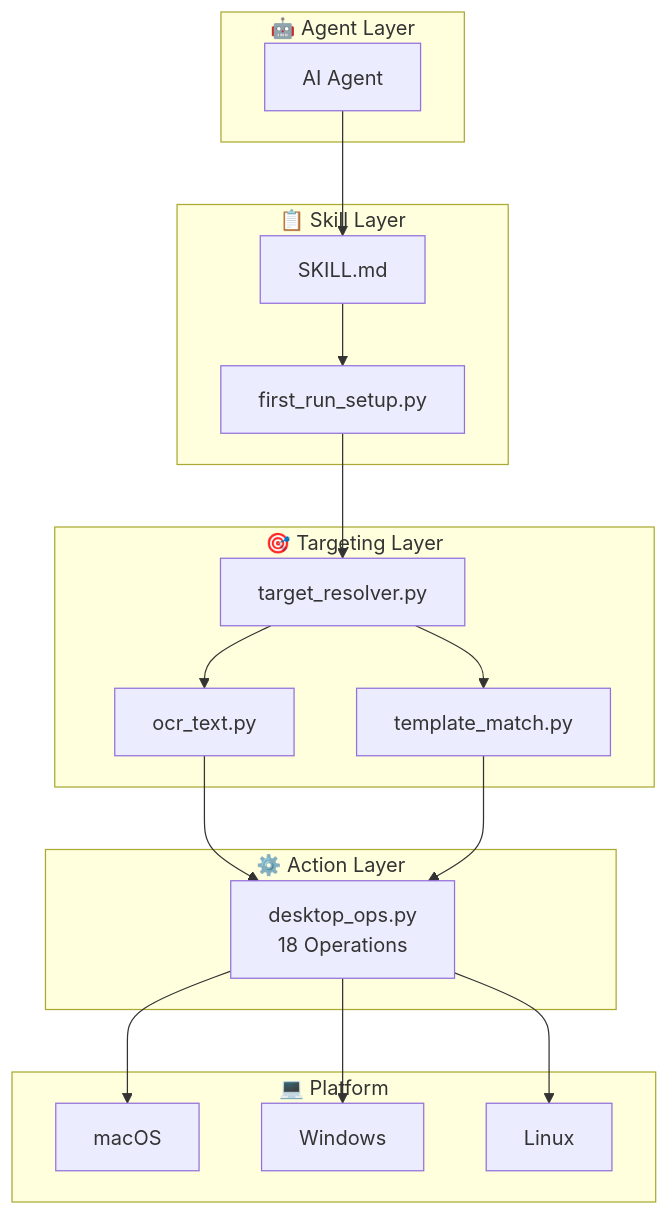
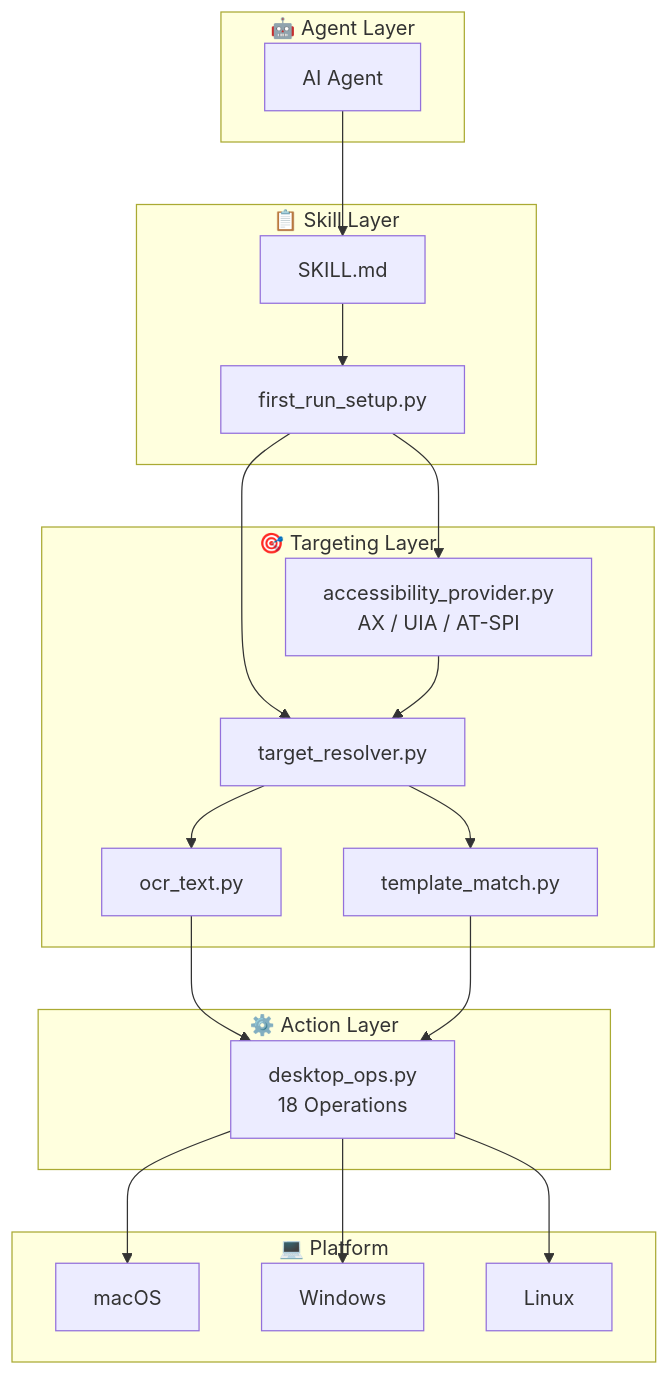
The first of 2 diagrams in README.md (appergb/desktop-agent-ops), drawn with Mermaid before and after one commit. The commit also changed other lines of this file and 133 other files, not shown here.

````diff
--- a/README.md
+++ b/README.md
@@ -43,27 +44,29 @@
 ```mermaid
 graph TB
     subgraph "🤖 Agent Layer"
         A[AI Agent]
     end
     subgraph "📋 Skill Layer"
         B[SKILL.md] --> C[first_run_setup.py]
     end
     subgraph "🎯 Targeting Layer"
+        AX[accessibility_provider.py<br/>AX / UIA / AT-SPI]
         D[target_resolver.py]
         E[ocr_text.py]
         F[template_match.py]
     end
     subgraph "⚙️ Action Layer"
         H[desktop_ops.py<br/>18 Operations]
     end
     subgraph "💻 Platform"
         I[macOS]
         J[Windows]
         K[Linux]
     end
     A --> B
-    C --> D
+    C --> AX & D
+    AX --> D
     D --> E & F
     E & F --> H
     H --> I & J & K
 ```
````
